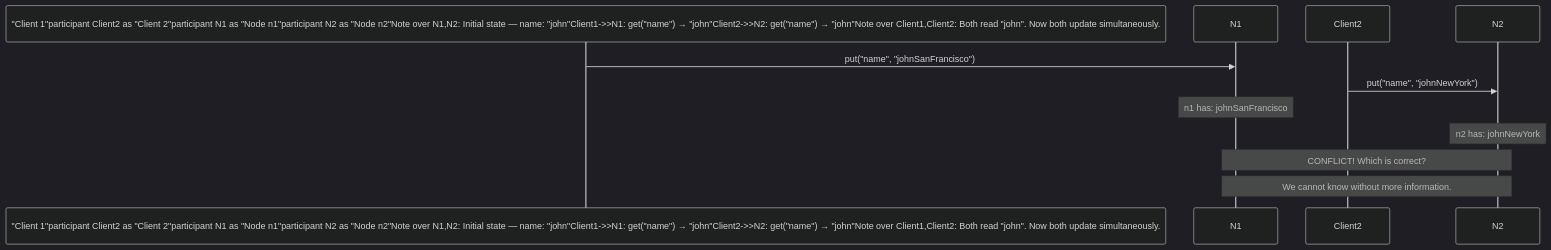
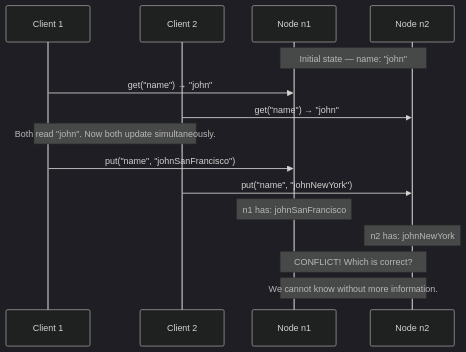
Before and after one commit to devops-monk/system-design-blog: the ninth of 22 diagrams in content/posts/2026/design-a-key-value-store.md, drawn with Mermaid (dark theme). The commit also changed other lines of this file and 4 other files, not shown here.

First line of the commit message:
fix(diagrams): repair mermaid blocks broken by the emoji strip

````diff
--- a/content/posts/2026/design-a-key-value-store.md
+++ b/content/posts/2026/design-a-key-value-store.md
@@ -315,12 +325,20 @@
 ```mermaid
 sequenceDiagram
-    participant Client1 as "Client 1"participant Client2 as "Client 2"participant N1 as "Node n1"participant N2 as "Node n2"Note over N1,N2: Initial state — name: "john"Client1->>N1: get("name") → "john"Client2->>N2: get("name") → "john"Note over Client1,Client2: Both read "john". Now both update simultaneously.
+    participant Client1 as Client 1
+    participant Client2 as Client 2
+    participant N1 as Node n1
+    participant N2 as Node n2
+    Note over N1,N2: Initial state — name: "john"
+    Client1->>N1: get("name") → "john"
+    Client2->>N2: get("name") → "john"
+
+    Note over Client1,Client2: Both read "john". Now both update simultaneously.
 
     Client1->>N1: put("name", "johnSanFrancisco")
     Client2->>N2: put("name", "johnNewYork")
 
     Note over N1: n1 has: johnSanFrancisco
     Note over N2: n2 has: johnNewYork
     Note over N1,N2: CONFLICT! Which is correct?
     Note over N1,N2: We cannot know without more information.
 ```
````
